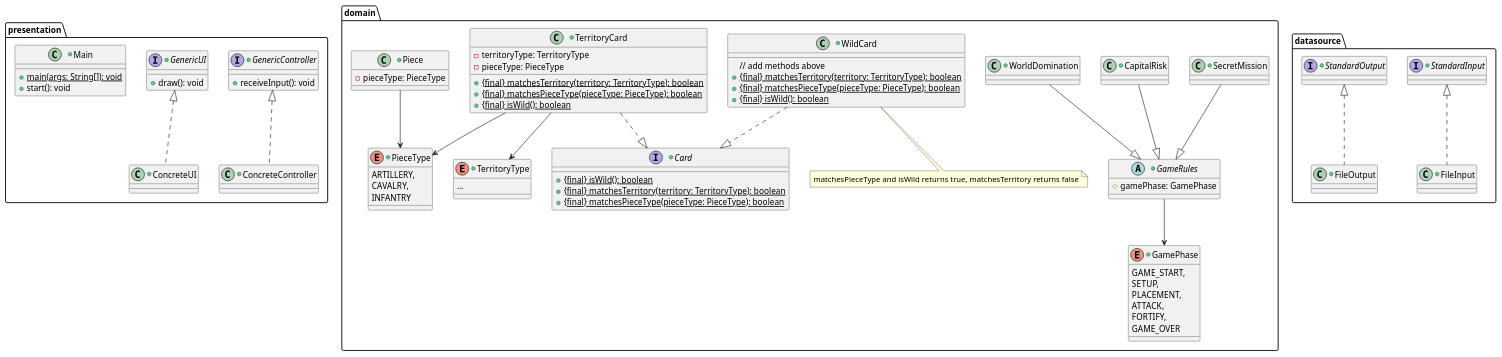
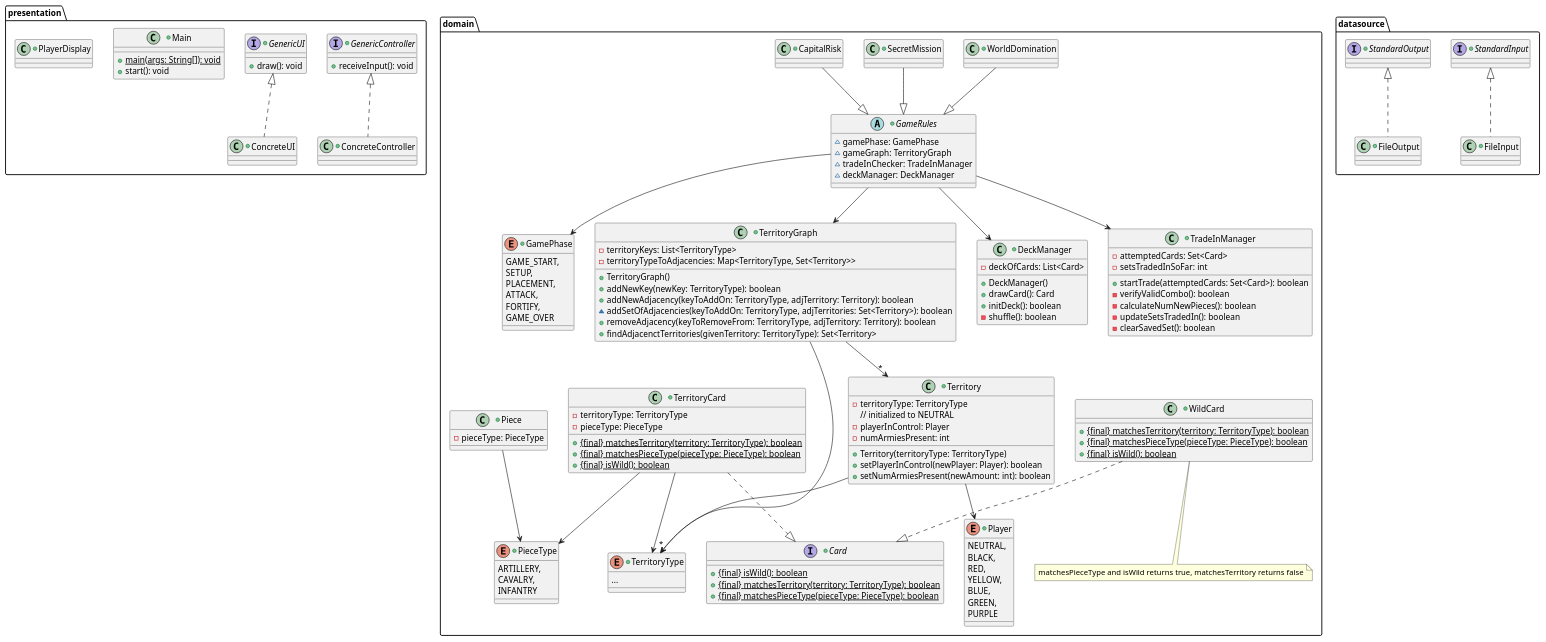
The diagram in docs/design/classes.puml (wynessgp/sqa-risk-recreation), drawn with PlantUML before and after one commit.

Commit message:
Pushing progress; more explicit methods in domain layer for computations

```diff
--- a/docs/design/classes.puml
+++ b/docs/design/classes.puml
@@ -26,12 +26,19 @@
 
     ConcreteController .u.|> GenericController
 
+    +class PlayerDisplay {
+
+    }
+
 
 }
 
 package domain {
     +abstract class GameRules {
-        #gamePhase: GamePhase
+        ~gamePhase: GamePhase
+        ~gameGraph: TerritoryGraph
+        ~tradeInChecker: TradeInManager
+        ~deckManager: DeckManager
     }
 
     +class WorldDomination {
@@ -56,13 +63,37 @@
     }
 
     GameRules --> GamePhase
+    GameRules --> TerritoryGraph
+    GameRules --> DeckManager
+    GameRules --> TradeInManager
     CapitalRisk --|> GameRules
     SecretMission --|> GameRules
     WorldDomination --|> GameRules
 
+    +class DeckManager {
+        -deckOfCards: List<Card>
+        +DeckManager()
+        +drawCard(): Card
+        +initDeck(): boolean
+        -shuffle(): boolean
+    }
+
+    +class TradeInManager {
+        -attemptedCards: Set<Card>
+        -setsTradedInSoFar: int
+        +startTrade(attemptedCards: Set<Card>): boolean
+        -verifyValidCombo(): boolean
+        -calculateNumNewPieces(): boolean
+        -updateSetsTradedIn(): boolean
+        -clearSavedSet(): boolean
+    }
+
+    +class Player {
+
+    }
+
     +class Piece {
         -pieceType: PieceType
-
     }
 
     +enum PieceType {
@@ -80,7 +111,6 @@
     }
 
     +class WildCard {
-        {method} // add methods above
         +{static}{final} matchesTerritory(territory: TerritoryType): boolean
         +{static}{final} matchesPieceType(pieceType: PieceType): boolean
         +{static}{final} isWild(): boolean
@@ -104,6 +134,43 @@
 
     +enum TerritoryType {
         ...
+    }
+
+    +class TerritoryGraph {
+        -territoryKeys: List<TerritoryType>
+        -territoryTypeToAdjacencies: Map<TerritoryType, Set<Territory>>
+        +TerritoryGraph()
+        +addNewKey(newKey: TerritoryType): boolean
+        +addNewAdjacency(keyToAddOn: TerritoryType, adjTerritory: Territory): boolean
+        ~addSetOfAdjacencies(keyToAddOn: TerritoryType, adjTerritories: Set<Territory>): boolean
+        +removeAdjacency(keyToRemoveFrom: TerritoryType, adjTerritory: Territory): boolean
+        +findAdjacenctTerritories(givenTerritory: TerritoryType): Set<Territory>
+    }
+
+    TerritoryGraph --> "*" Territory
+    TerritoryGraph --> "*" TerritoryType
+
+    +class Territory {
+        -territoryType: TerritoryType
+        // initialized to NEUTRAL
+        -playerInControl: Player
+        -numArmiesPresent: int
+        +Territory(territoryType: TerritoryType)
+        +setPlayerInControl(newPlayer: Player): boolean 
+        +setNumArmiesPresent(newAmount: int): boolean
+    }
+
+    Territory --> Player
+    Territory --> TerritoryType
+
+    +enum Player {
+        NEUTRAL,
+        BLACK,
+        RED,
+        YELLOW,
+        BLUE,
+        GREEN,
+        PURPLE
     }
 
 
```
